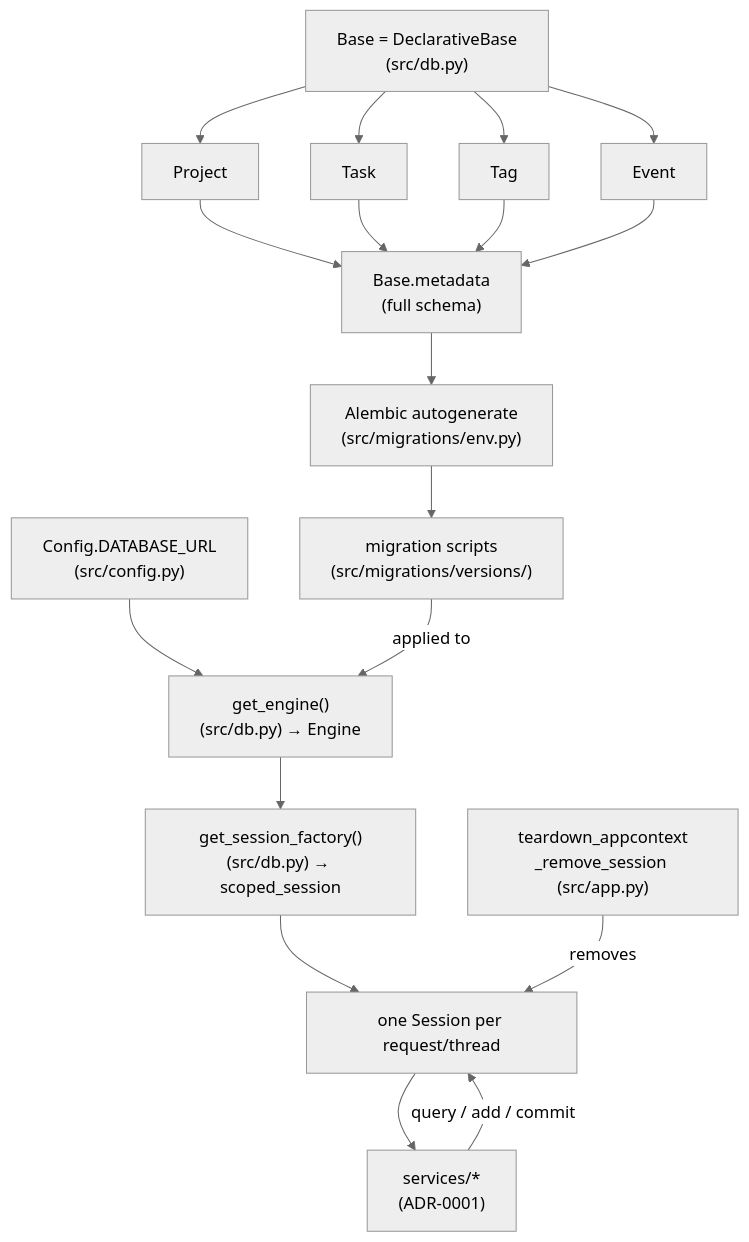
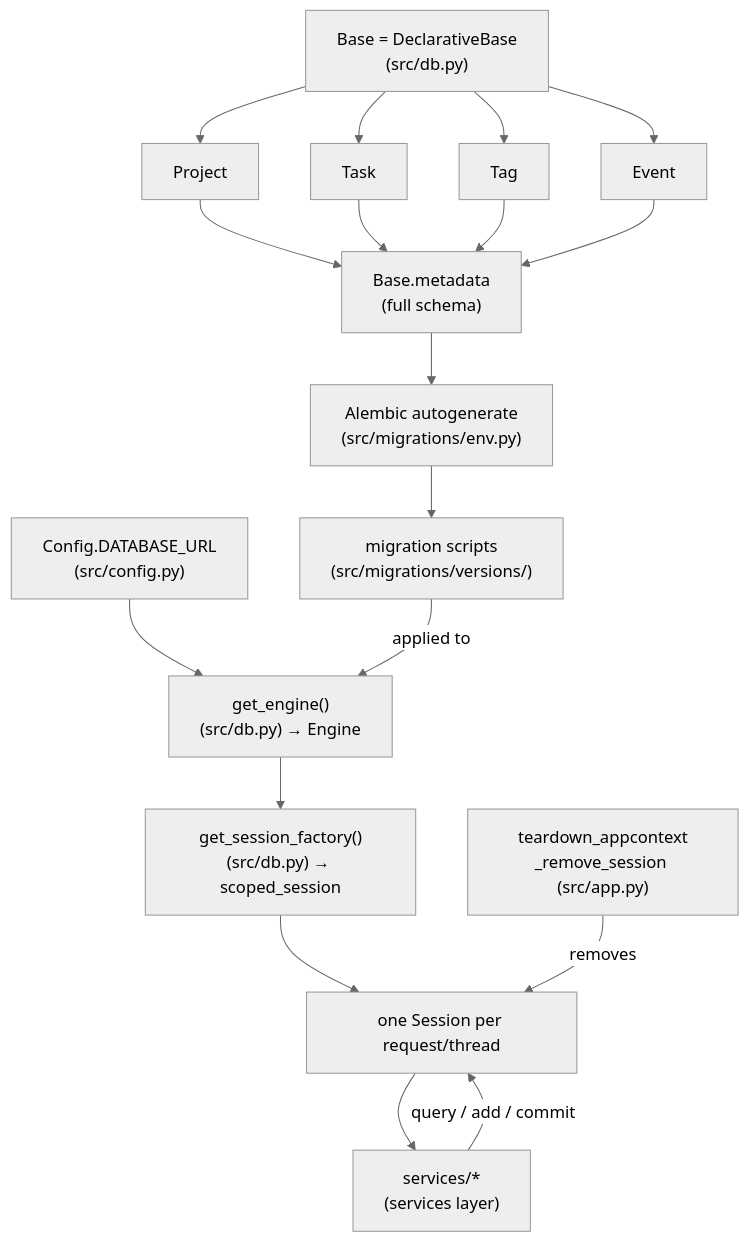
One commit to David-Bambi/nexus changed the diagram in docs/python/sqlalchemy.md. Above: the diagram before and after it, drawn with Mermaid (neutral theme). The commit also changed 183 other files, not shown here.

````diff
--- a/docs/python/sqlalchemy.md
+++ b/docs/python/sqlalchemy.md
@@ -11,21 +11,21 @@
 ```mermaid
 flowchart TD
     CFG["Config.DATABASE_URL<br/>(src/config.py)"] --> ENGINE
     ENGINE["get_engine()<br/>(src/db.py) → Engine"]
     ENGINE --> FACTORY["get_session_factory()<br/>(src/db.py) → scoped_session"]
     FACTORY --> SESSION["one Session per request/thread"]
     TEARDOWN["teardown_appcontext<br/>_remove_session (src/app.py)"] -->|removes| SESSION
 
     BASE["Base = DeclarativeBase<br/>(src/db.py)"] --> M1["Project"]
     BASE --> M3["Task"]
     BASE --> M4["Tag"]
     BASE --> M5["Event"]
     M1 & M3 & M4 & M5 --> META["Base.metadata<br/>(full schema)"]
 
     META --> AUTOGEN["Alembic autogenerate<br/>(src/migrations/env.py)"]
     AUTOGEN --> VERSIONS["migration scripts<br/>(src/migrations/versions/)"]
     VERSIONS -->|applied to| ENGINE
 
-    SESSION --> SVC["services/*<br/>(ADR-0001)"]
+    SESSION --> SVC["services/*<br/>(services layer)"]
     SVC -->|query / add / commit| SESSION
 ```
````
